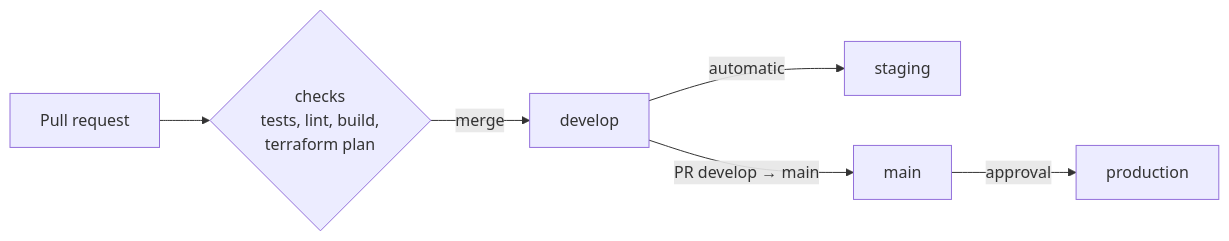
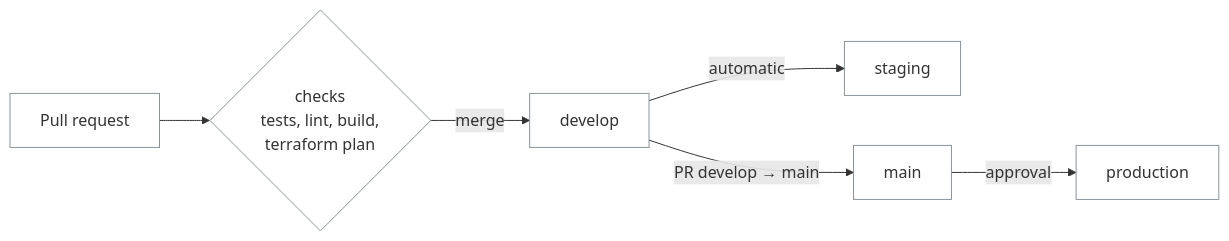
Before and after one commit to MateTeam251/brand-clothing-tp251: the second of 2 diagrams in docs/devops-overview.md, drawn with Mermaid. The commit also changed other lines of this file, not shown here.

Commit message:
docs: transparent diagram boxes

````diff
--- a/docs/devops-overview.md
+++ b/docs/devops-overview.md
@@ -58,8 +61,10 @@
 ```mermaid
 flowchart LR
     PR[Pull request] --> CHK{checks<br/>tests, lint, build,<br/>terraform plan}
     CHK -->|merge| DEV[develop]
     DEV -->|automatic| STG[staging]
     DEV -->|PR develop → main| MAIN[main]
     MAIN -->|approval| PROD[production]
+    %% Transparent boxes: readable in GitHub light and dark mode
+    classDef default fill:transparent,stroke:#8b949e,stroke-width:1px
 ```
````
